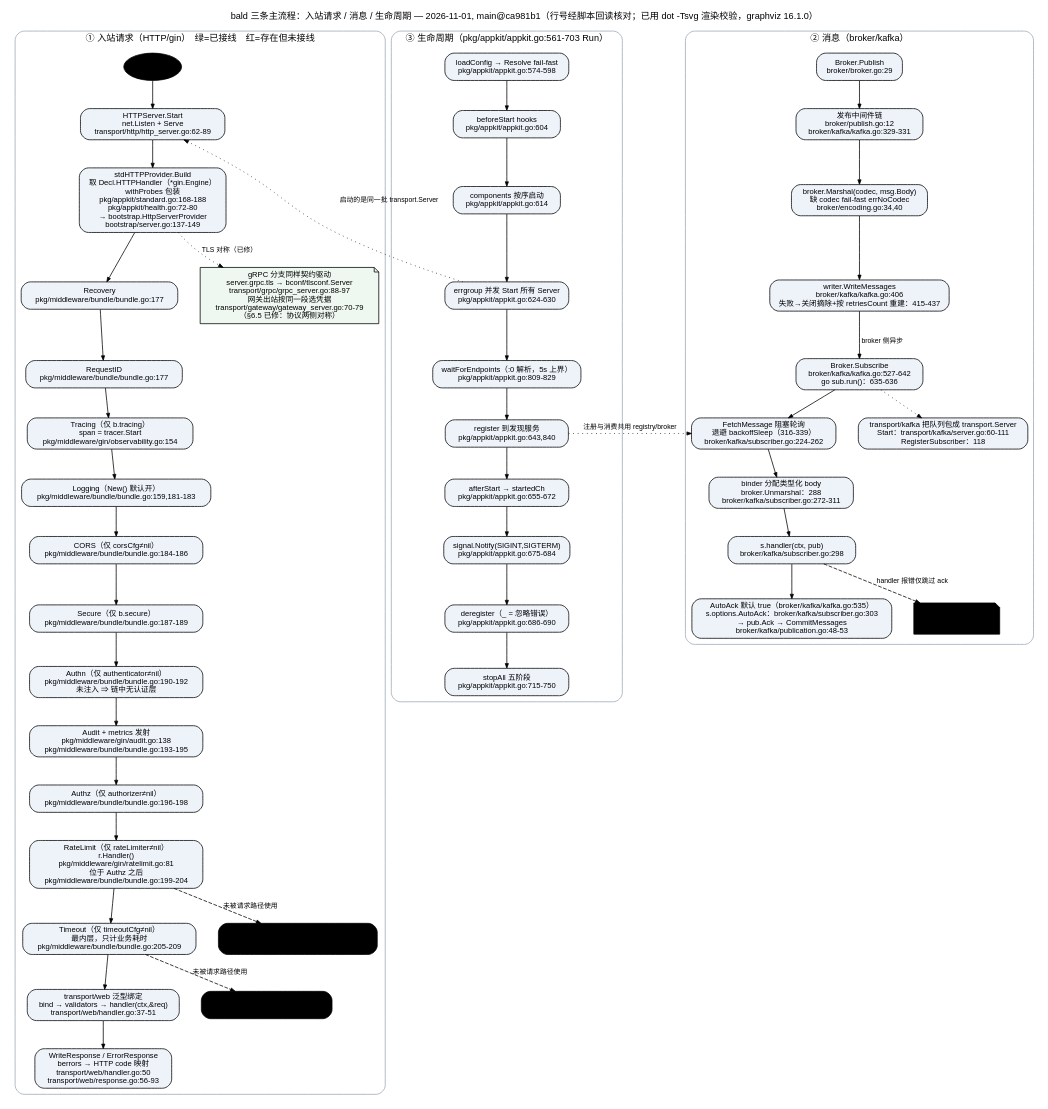
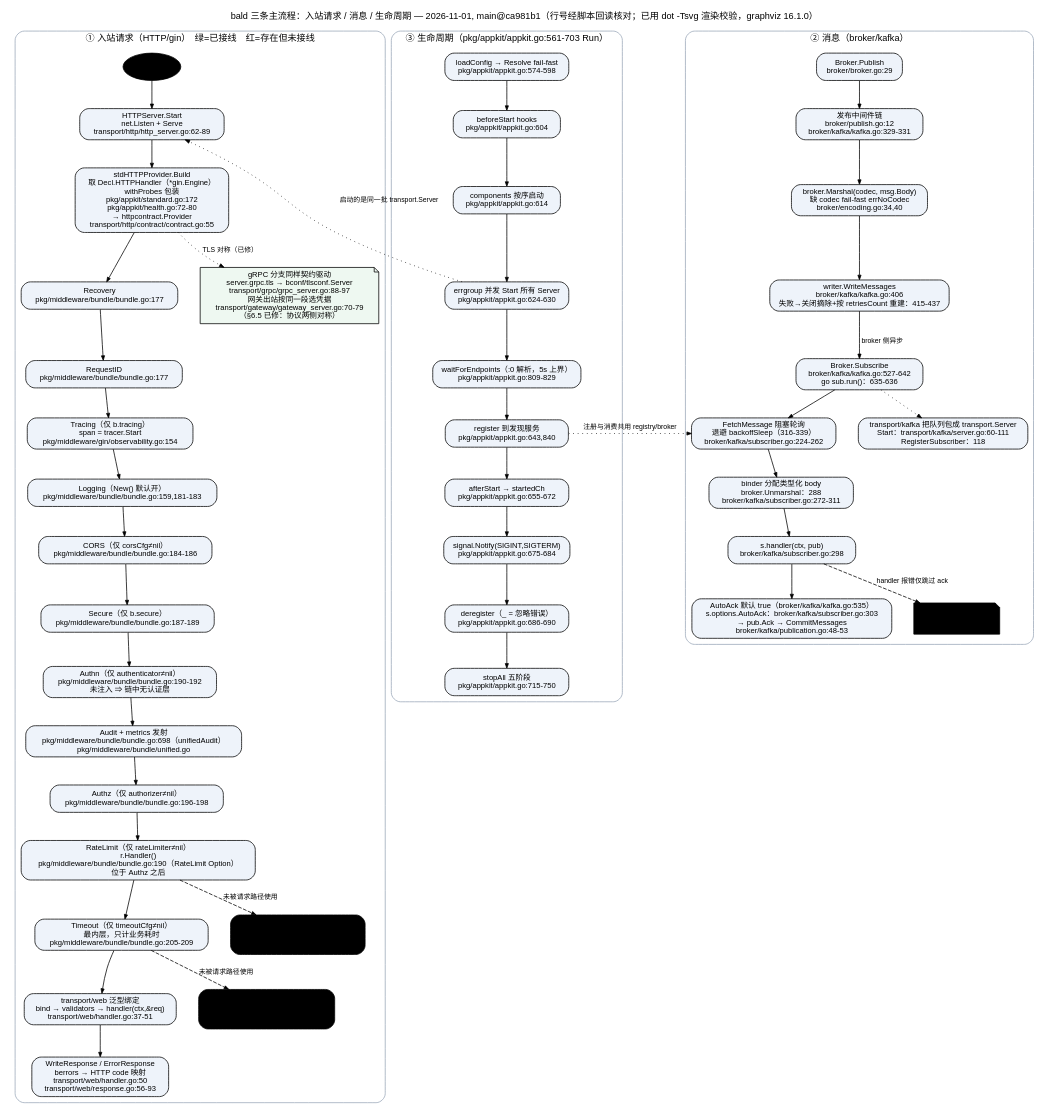
One commit to kalandramo/bald changed the diagram in docs/architecture/flows.dot. Above: the diagram before and after it, drawn with Graphviz. The commit also changed 29 other files, not shown here.

First line of the commit message:
docs(architecture): 4 模块口径同步——README/AGENTS/发布文档/规范卡/拓扑图与引用清账

```diff
--- a/docs/architecture/flows.dot
+++ b/docs/architecture/flows.dot
@@ -1,84 +1,84 @@
 digraph bald_flows {
     rankdir=TB;
     graph [fontname="Helvetica", fontsize=12, labelloc=t, ranksep=0.5, nodesep=0.4,
            label="bald 三条主流程：入站请求 / 消息 / 生命周期 — 2026-11-01, main@ca981b1（行号经脚本回读核对；已用 dot -Tsvg 渲染校验，graphviz 16.1.0）"];
     node [fontname="Helvetica", fontsize=10, shape=box, style="rounded,filled", fillcolor="#eef3fa"];
     edge [fontname="Helvetica", fontsize=9, arrowsize=0.6];
 
     // ================= 子图 1：入站请求 =================
     subgraph cluster_req {
         label="① 入站请求（HTTP/gin）　绿=已接线　红=存在但未接线";
         style=rounded; color="#9aa7b8";
 
         client [label="客户端请求", shape=ellipse, fillcolor="#fff"];
         listen [label="HTTPServer.Start\nnet.Listen + Serve\n transport/http/http_server.go:62-89"];
-        build [label="stdHTTPProvider.Build\n取 Decl.HTTPHandler（*gin.Engine）\nwithProbes 包装\n pkg/appkit/standard.go:168-188\n pkg/appkit/health.go:72-80\n → bootstrap.HttpServerProvider\n bootstrap/server.go:137-149"];
+        build [label="stdHTTPProvider.Build\n取 Decl.HTTPHandler（*gin.Engine）\nwithProbes 包装\n pkg/appkit/standard.go:172\n pkg/appkit/health.go:72-80\n → httpcontract.Provider\n transport/http/contract/contract.go:55"];
         rec [label="Recovery\n pkg/middleware/bundle/bundle.go:177"];
         rid [label="RequestID\n pkg/middleware/bundle/bundle.go:177"];
         trc [label="Tracing（仅 b.tracing）\n span = tracer.Start\n pkg/middleware/gin/observability.go:154"];
         lg [label="Logging（New() 默认开）\n pkg/middleware/bundle/bundle.go:159,181-183"];
         cors [label="CORS（仅 corsCfg≠nil）\n pkg/middleware/bundle/bundle.go:184-186"];
         sec [label="Secure（仅 b.secure）\n pkg/middleware/bundle/bundle.go:187-189"];
         authn [label="Authn（仅 authenticator≠nil）\n pkg/middleware/bundle/bundle.go:190-192\n 未注入 ⇒ 链中无认证层"];
-        audit [label="Audit + metrics 发射\n pkg/middleware/gin/audit.go:138\n pkg/middleware/bundle/bundle.go:193-195"];
+        audit [label="Audit + metrics 发射\n pkg/middleware/bundle/bundle.go:698（unifiedAudit）\n pkg/middleware/bundle/unified.go"];
         authz [label="Authz（仅 authorizer≠nil）\n pkg/middleware/bundle/bundle.go:196-198"];
-        rl [label="RateLimit（仅 rateLimiter≠nil）\n r.Handler()\n pkg/middleware/gin/ratelimit.go:81\n 位于 Authz 之后\n pkg/middleware/bundle/bundle.go:199-204"];
+        rl [label="RateLimit（仅 rateLimiter≠nil）\n r.Handler()\n pkg/middleware/bundle/bundle.go:190（RateLimit Option）\n 位于 Authz 之后"];
         to [label="Timeout（仅 timeoutCfg≠nil）\n最内层，只计业务耗时\n pkg/middleware/bundle/bundle.go:205-209"];
         hdl [label="transport/web 泛型绑定\nbind → validators → handler(ctx,&req)\n transport/web/handler.go:37-51"];
         resp [label="WriteResponse / ErrorResponse\nberrors → HTTP code 映射\n transport/web/handler.go:50\n transport/web/response.go:56-93"];
 
-        retry_box [label="retry\n零 importer\n（唯一提及 ratelimit/bbr/bbr.go:68 注释）", color="#c33", fontcolor="#c33", fillcolor="#fff"];
-        cb_box [label="circuitbreaker\n无 transport / middleware 消费方", color="#c33", fontcolor="#c33", fillcolor="#fff"];
+        retry_box [label="retry\n原语已接（broker/kafka 订阅退避、\nregistry/etcd 重注册退避）\nRetrier 循环未接", color="#c33", fontcolor="#c33", fillcolor="#fff"];
+        cb_box [label="circuitbreaker\nsentinel 已接进入口链\n（server.{http,grpc}.middleware.\ncircuit_breaker 段驱动）", color="#c33", fontcolor="#c33", fillcolor="#fff"];
         grpc_tls [label="gRPC 分支同样契约驱动\nserver.grpc.tls → bconf/tlsconf.Server\n transport/grpc/grpc_server.go:88-97\n网关出站按同一段选凭据\n transport/gateway/gateway_server.go:70-79\n（§6.5 已修：协议两侧对称）", shape=note, color="#3a7", fontcolor="#2a6", fillcolor="#eef8f1"];
 
         client -> listen -> build -> rec;
         rec -> rid -> trc -> lg -> cors -> sec -> authn -> audit -> authz -> rl -> to -> hdl -> resp;
         rl -> retry_box [style=dashed, color="#c33", label="未被请求路径使用", fontcolor="#c33"];
         to -> cb_box [style=dashed, color="#c33", label="未被请求路径使用", fontcolor="#c33"];
         build -> grpc_tls [style=dotted, color="#3a7", label="TLS 对称（已修）", fontcolor="#2a6"];
     }
 
     // ================= 子图 2：消息流 =================
     subgraph cluster_msg {
         label="② 消息（broker/kafka）";
         style=rounded; color="#9aa7b8";
         pub [label="Broker.Publish\n broker/broker.go:29"];
         pubmw [label="发布中间件链\n broker/publish.go:12\n broker/kafka/kafka.go:329-331"];
         marshal [label="broker.Marshal(codec, msg.Body)\n缺 codec fail-fast errNoCodec\n broker/encoding.go:34,40"];
         write [label="writer.WriteMessages\n broker/kafka/kafka.go:406\n失败→关闭摘除+按 retriesCount 重建：415-437"];
         sub [label="Broker.Subscribe\n broker/kafka/kafka.go:527-642\ngo sub.run()：635-636"];
         poll [label="FetchMessage 阻塞轮询\n退避 backoffSleep（316-339）\n broker/kafka/subscriber.go:224-262"];
         unmarshal [label="binder 分配类型化 body\nbroker.Unmarshal：288\n broker/kafka/subscriber.go:272-311"];
         handler [label="s.handler(ctx, pub)\n broker/kafka/subscriber.go:298"];
         ack [label="AutoAck 默认 true（broker/kafka/kafka.go:535）\ns.options.AutoAck：broker/kafka/subscriber.go:303\n→ pub.Ack → CommitMessages\n broker/kafka/publication.go:48-53"];
         dlq [label="UNKNOWN\n无重投递 / 无死信队列\n（代码中未发现）", shape=note, color="#c33", fontcolor="#c33", fillcolor="#fff"];
         tsk [label="transport/kafka 把队列包成 transport.Server\nStart：transport/kafka/server.go:60-111\nRegisterSubscriber：118"];
 
         pub -> pubmw -> marshal -> write;
         write -> sub [label="broker 侧异步"];
         sub -> poll -> unmarshal -> handler -> ack;
         handler -> dlq [style=dashed, color="#c33", label="handler 报错仅跳过 ack", fontcolor="#c33"];
         sub -> tsk [style=dotted];
     }
 
     // ================= 子图 3：生命周期 =================
     subgraph cluster_life {
         label="③ 生命周期（pkg/appkit/appkit.go:561-703 Run）";
         style=rounded; color="#9aa7b8";
         l1 [label="loadConfig → Resolve fail-fast\n pkg/appkit/appkit.go:574-598"];
         l2 [label="beforeStart hooks\n pkg/appkit/appkit.go:604"];
         l3 [label="components 按序启动\n pkg/appkit/appkit.go:614"];
         l4 [label="errgroup 并发 Start 所有 Server\n pkg/appkit/appkit.go:624-630"];
         l5 [label="waitForEndpoints（:0 解析，5s 上界）\n pkg/appkit/appkit.go:809-829"];
         l6 [label="register 到发现服务\n pkg/appkit/appkit.go:643,840"];
         l7 [label="afterStart → startedCh\n pkg/appkit/appkit.go:655-672"];
         l8 [label="signal.Notify(SIGINT,SIGTERM)\n pkg/appkit/appkit.go:675-684"];
         l9 [label="deregister（_ = 忽略错误）\n pkg/appkit/appkit.go:686-690"];
         l10 [label="stopAll 五阶段\n pkg/appkit/appkit.go:715-750"];
         l1 -> l2 -> l3 -> l4 -> l5 -> l6 -> l7 -> l8 -> l9 -> l10;
     }
 
     // 跨子图接缝（不强制布局）
     l4 -> listen [style=dotted, color="#666", label="启动的是同一批 transport.Server", constraint=false];
     l6 -> poll [style=dotted, color="#666", label="注册与消费共用 registry/broker", constraint=false];
 }
```
